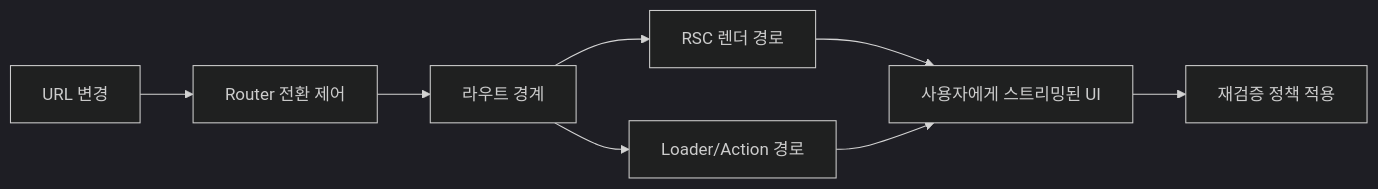
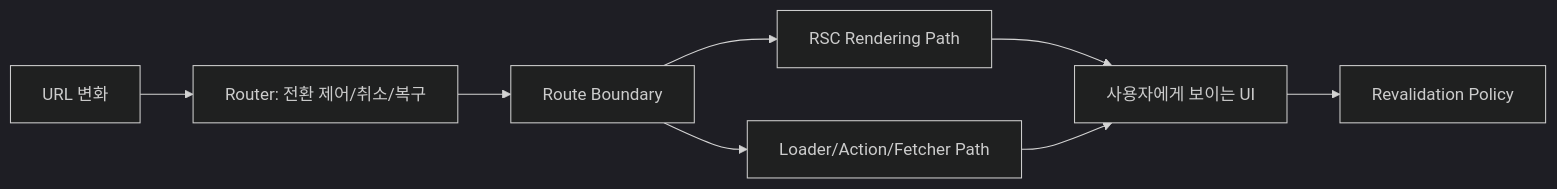
The diagram in content/react/react-router-v7-rsc-01-router-role.md (mje807/dev-blog), drawn with Mermaid (dark theme) before and after one commit. The commit also changed other lines of this file and 2 other files, not shown here.

Commit message:
✍️ react-router: rewrite remaining 6 posts via provided plugin baseline (final)

````diff
--- a/content/react/react-router-v7-rsc-01-router-role.md
+++ b/content/react/react-router-v7-rsc-01-router-role.md
@@ -129,10 +202,10 @@
 ```mermaid
 flowchart LR
-A[URL 변경] --> B[Router 전환 제어]
-B --> C[라우트 경계]
-C --> D[RSC 렌더 경로]
-C --> E[Loader/Action 경로]
-D --> F[사용자에게 스트리밍된 UI]
+A[URL 변화] --> B[Router: 전환 제어/취소/복구]
+B --> C[Route Boundary]
+C --> D[RSC Rendering Path]
+C --> E[Loader/Action/Fetcher Path]
+D --> F[사용자에게 보이는 UI]
 E --> F
-F --> G[재검증 정책 적용]
+F --> G[Revalidation Policy]
 ```
````
